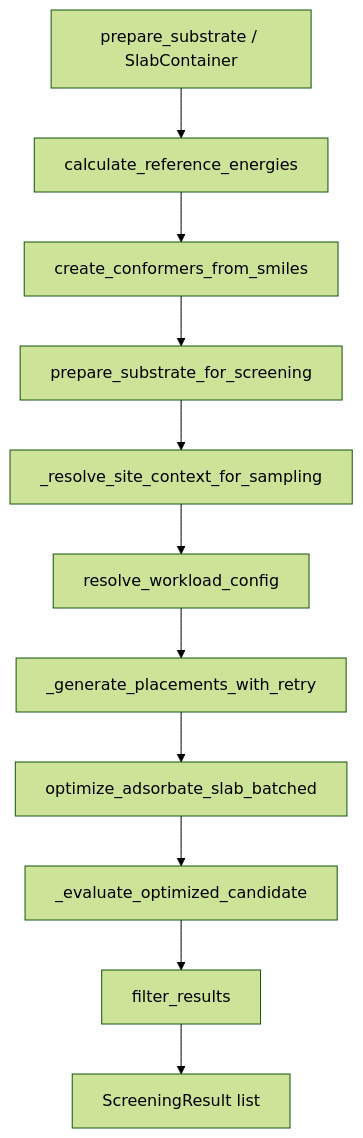
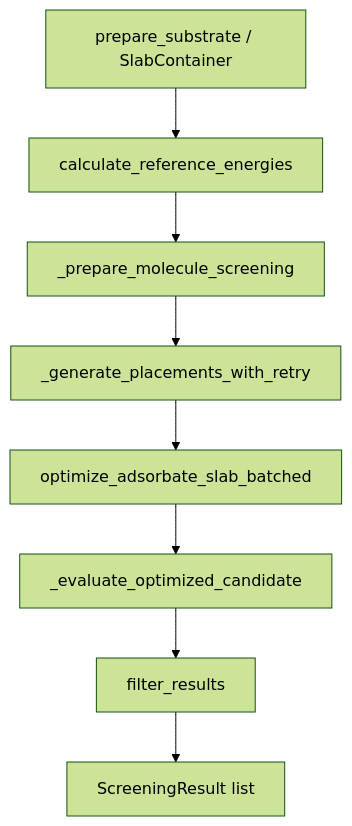
Before and after one commit to rlaplaza-lab/metalsurfer: the first of 4 diagrams in CORE_SYSTEM_EXPLANATION.md, drawn with Mermaid (forest theme). The commit also changed other lines of this file and 1 other file, not shown here.

First line of the commit message:
Update docs for unified workflow bootstrap and molecule preamble.

````diff
--- a/CORE_SYSTEM_EXPLANATION.md
+++ b/CORE_SYSTEM_EXPLANATION.md
@@ -79,13 +79,10 @@
 ```mermaid
 flowchart TD
     prep[prepare_substrate / SlabContainer] --> ref[calculate_reference_energies]
-    ref --> conf[create_conformers_from_smiles]
-    conf --> sub[prepare_substrate_for_screening]
-    sub --> sites[_resolve_site_context_for_sampling]
-    sites --> tune[resolve_workload_config]
-    tune --> place[_generate_placements_with_retry]
+    ref --> preamble[_prepare_molecule_screening]
+    preamble --> place[_generate_placements_with_retry]
     place --> opt[optimize_adsorbate_slab_batched]
     opt --> val[_evaluate_optimized_candidate]
     val --> filt[filter_results]
     filt --> out[ScreeningResult list]
 ```
````
